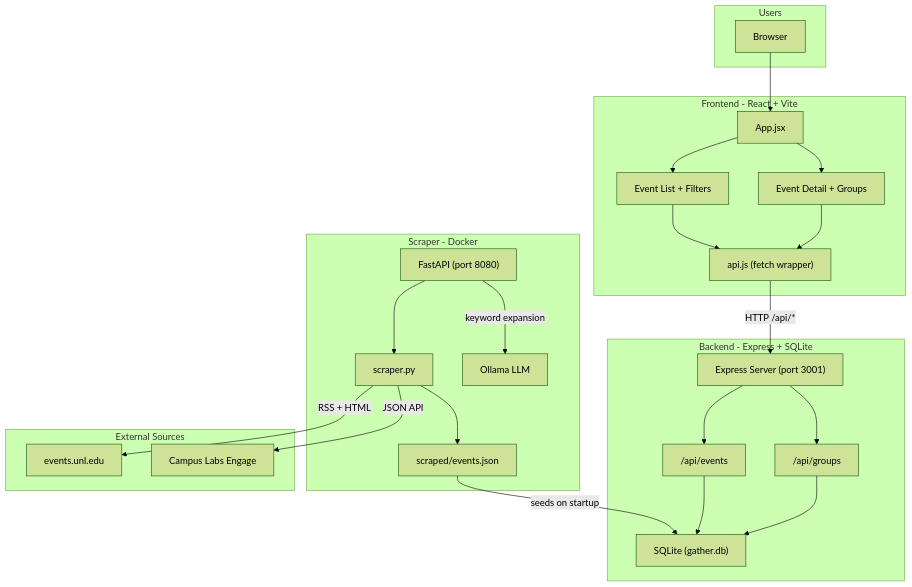
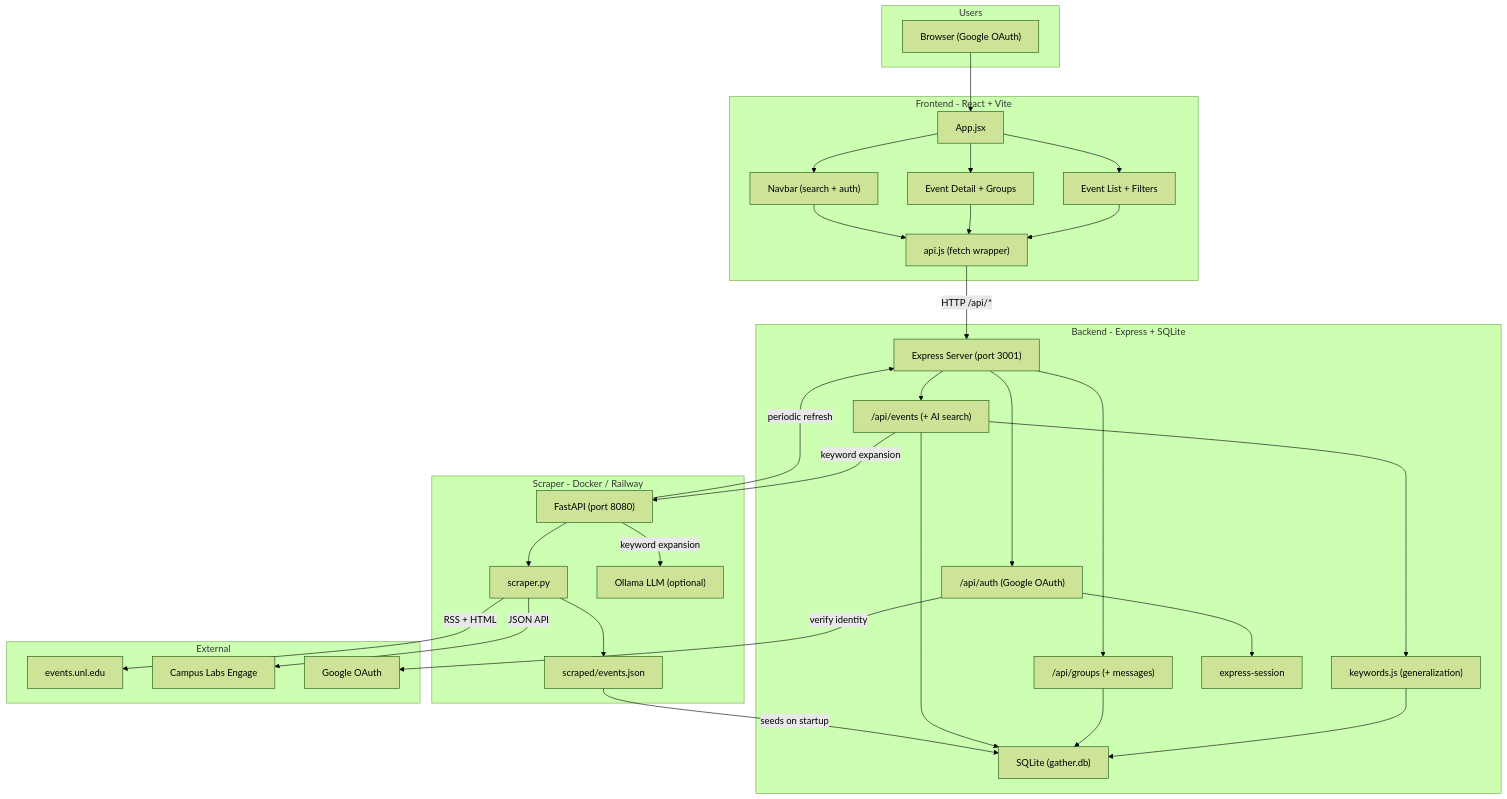
One commit to michaeldejournett/Raikes-Hacks-2026 changed the first of 3 diagrams in docs/architecture.md. Above: the diagram before and after it, drawn with Mermaid (forest theme). The commit also changed other lines of this file and 7 other files, not shown here.

````diff
--- a/docs/architecture.md
+++ b/docs/architecture.md
@@ -5,50 +5,58 @@
 ```mermaid
 flowchart TB
   subgraph user [Users]
-    Browser["Browser"]
+    Browser["Browser (Google OAuth)"]
   end
 
   subgraph frontend [Frontend - React + Vite]
     App["App.jsx"]
     EventList["Event List + Filters"]
     EventDetail["Event Detail + Groups"]
+    Navbar["Navbar (search + auth)"]
     API["api.js (fetch wrapper)"]
   end
 
   subgraph backend [Backend - Express + SQLite]
     Express["Express Server (port 3001)"]
-    EventsRoute["/api/events"]
-    GroupsRoute["/api/groups"]
+    AuthRoute["/api/auth (Google OAuth)"]
+    EventsRoute["/api/events (+ AI search)"]
+    GroupsRoute["/api/groups (+ messages)"]
+    Keywords["keywords.js (generalization)"]
     SQLite["SQLite (gather.db)"]
+    Session["express-session"]
   end
 
-  subgraph scraper [Scraper - Docker]
+  subgraph scraper [Scraper - Docker / Railway]
     FastAPI["FastAPI (port 8080)"]
     Scraper["scraper.py"]
-    Ollama["Ollama LLM"]
+    Ollama["Ollama LLM (optional)"]
     ScrapedJSON["scraped/events.json"]
   end
 
-  subgraph external [External Sources]
+  subgraph external [External]
     UNL["events.unl.edu"]
     Engage["Campus Labs Engage"]
+    Google["Google OAuth"]
   end
 
   Browser --> App
-  App --> EventList
-  App --> EventDetail
-  EventList --> API
-  EventDetail --> API
+  App --> EventList & EventDetail & Navbar
+  EventList & EventDetail & Navbar --> API
   API -->|"HTTP /api/*"| Express
-  Express --> EventsRoute
-  Express --> GroupsRoute
+  Express --> AuthRoute & EventsRoute & GroupsRoute
+  AuthRoute --> Session
+  AuthRoute -->|"verify identity"| Google
+  EventsRoute -->|"keyword expansion"| FastAPI
+  EventsRoute --> Keywords
+  Keywords --> SQLite
+  GroupsRoute --> SQLite
   EventsRoute --> SQLite
-  GroupsRoute --> SQLite
 
   Scraper -->|"RSS + HTML"| UNL
   Scraper -->|"JSON API"| Engage
   Scraper --> ScrapedJSON
   FastAPI --> Scraper
   FastAPI -->|"keyword expansion"| Ollama
   ScrapedJSON -->|"seeds on startup"| SQLite
+  FastAPI -->|"periodic refresh"| Express
 ```
````
